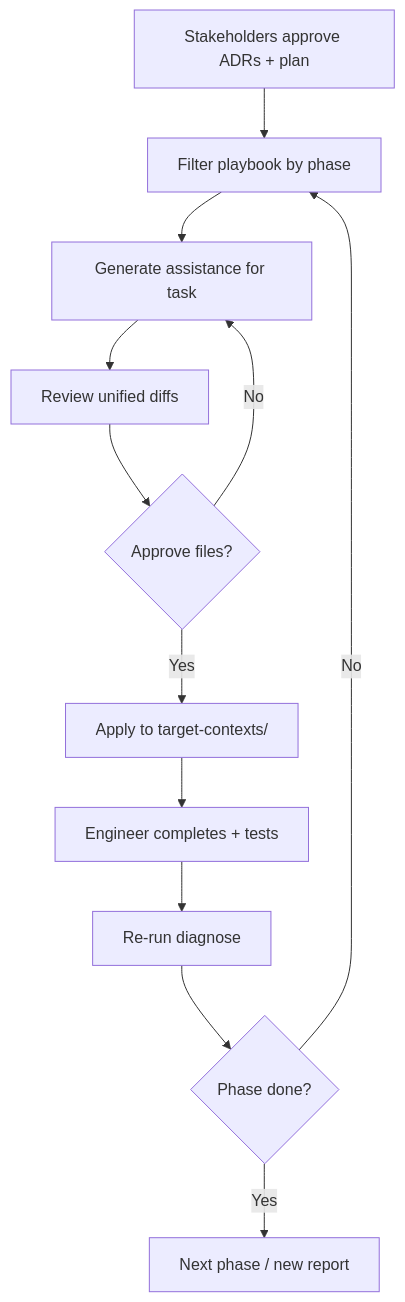
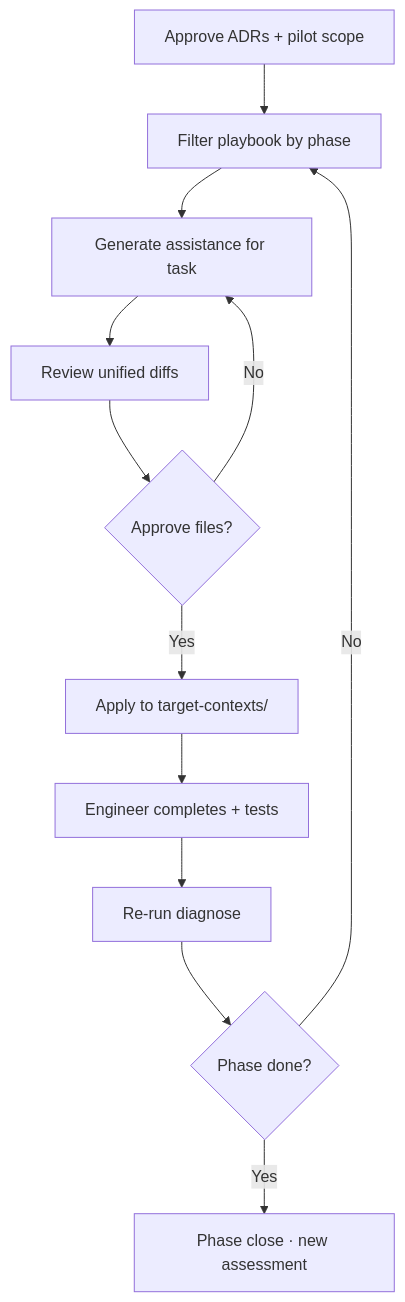
The fifth of 6 diagrams in docs/stakeholder-presentation.md (bsinha/AI_Driven_Project_Migration), drawn with Mermaid before and after one commit. The commit also changed other lines of this file and 7 other files, not shown here.

````diff
--- a/docs/stakeholder-presentation.md
+++ b/docs/stakeholder-presentation.md
@@ -349,14 +427,14 @@
 ```mermaid
 flowchart TD
-    A[Stakeholders approve ADRs + plan] --> B[Filter playbook by phase]
+    A[Approve ADRs + pilot scope] --> B[Filter playbook by phase]
     B --> C[Generate assistance for task]
     C --> D[Review unified diffs]
     D --> E{Approve files?}
     E -->|Yes| F[Apply to target-contexts/]
     E -->|No| C
     F --> G[Engineer completes + tests]
     G --> H[Re-run diagnose]
     H --> I{Phase done?}
     I -->|No| B
-    I -->|Yes| J[Next phase / new report]
+    I -->|Yes| J[Phase close · new assessment]
 ```
````
